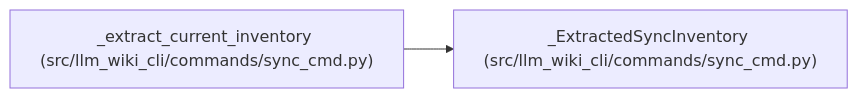
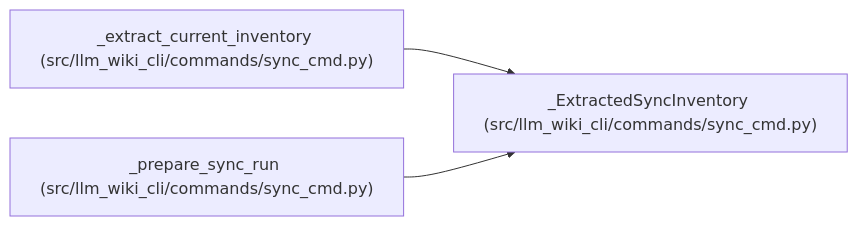
Before and after one commit to Denissvgn/python-wiki-llm: the diagram in docs/llm_wiki/entities/ExtractedSyncInventory.md, drawn with Mermaid. The commit also changed other lines of this file and 462 other files, not shown here.

````diff
--- a/docs/llm_wiki/entities/ExtractedSyncInventory.md
+++ b/docs/llm_wiki/entities/ExtractedSyncInventory.md
@@ -28,8 +28,11 @@
 ```mermaid
 flowchart LR
     n0["_ExtractedSyncInventory (src/llm_wiki_cli/commands/sync_cmd.py)"]
     n1["_extract_current_inventory (src/llm_wiki_cli/commands/sync_cmd.py)"]
+    n2["_prepare_sync_run (src/llm_wiki_cli/commands/sync_cmd.py)"]
     n1 --> n0
+    n2 --> n0
     click n0 "../modules/sync_cmd.md"
     click n1 "../modules/sync_cmd.md"
+    click n2 "../modules/sync_cmd.md"
 ```
````
